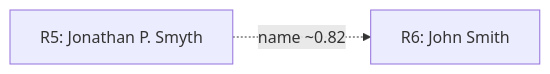
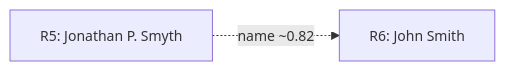
One commit to MarcoBetti1/Entity-Resolution changed the second of 2 diagrams in README.md. Above: the diagram before and after it, drawn with Mermaid. The commit also changed other lines of this file, not shown here.

````diff
--- a/README.md
+++ b/README.md
@@ -53,8 +54,9 @@
 ```mermaid
+%%{init: {"theme": "default", "securityLevel": "strict", "themeVariables": {"fontSize": "14px"}, "config": {"zoom": false, "pan": false}}}%%
 graph LR
   R5["R5: Jonathan P. Smyth"]
   R6["R6: John Smith"]
 
   %% Dotted edge = low-confidence, name-only similarity
   R5 -. "name ~0.82" .-> R6
 ```
````
